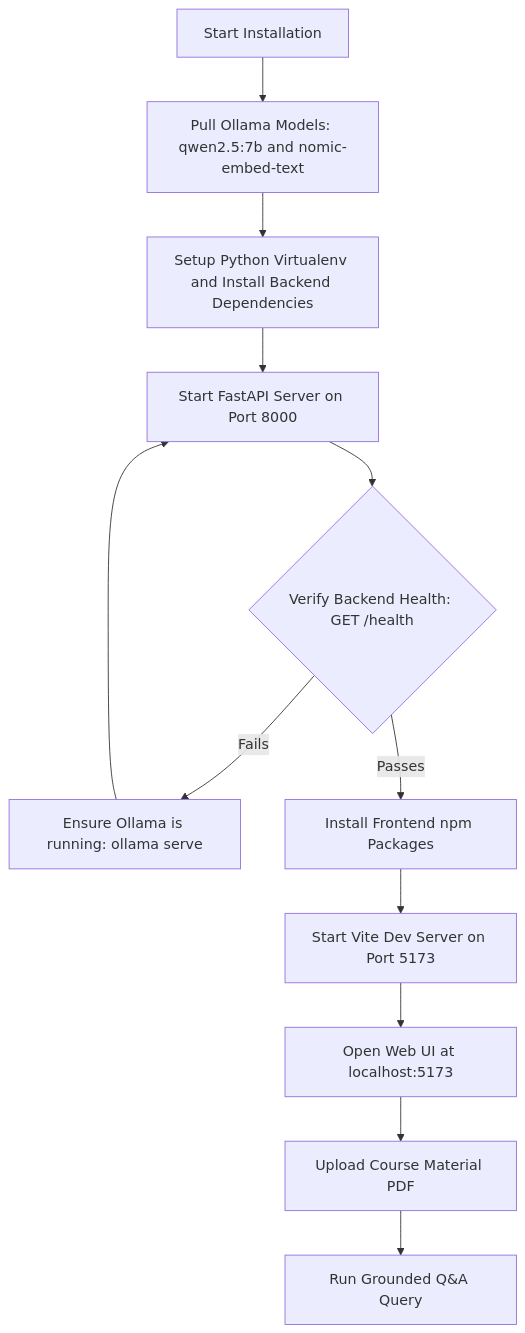
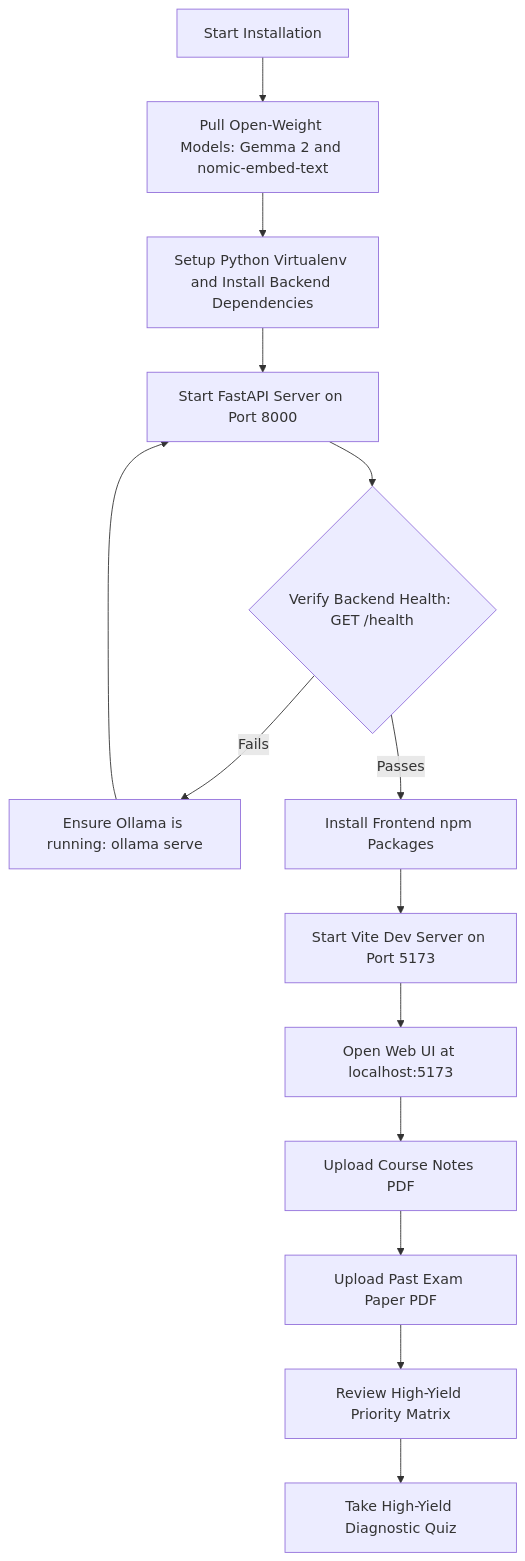
Before and after one commit to dev-Aarish/gist: the diagram in docs/getting-started.md, drawn with Mermaid. The commit also changed other lines of this file and 6 other files, not shown here.

````diff
--- a/docs/getting-started.md
+++ b/docs/getting-started.md
@@ -19,14 +19,16 @@
 ```mermaid
 graph TD
-    Start["Start Installation"] --> PullModels["Pull Ollama Models: qwen2.5:7b and nomic-embed-text"]
+    Start["Start Installation"] --> PullModels["Pull Open-Weight Models: Gemma 2 and nomic-embed-text"]
     PullModels --> SetupBackend["Setup Python Virtualenv and Install Backend Dependencies"]
     SetupBackend --> LaunchBackend["Start FastAPI Server on Port 8000"]
     LaunchBackend --> HealthCheck{"Verify Backend Health: GET /health"}
     HealthCheck -- "Fails" --> DebugOllama["Ensure Ollama is running: ollama serve"]
     DebugOllama --> LaunchBackend
     HealthCheck -- "Passes" --> SetupFrontend["Install Frontend npm Packages"]
     SetupFrontend --> LaunchFrontend["Start Vite Dev Server on Port 5173"]
     LaunchFrontend --> AppReady["Open Web UI at localhost:5173"]
-    AppReady --> UploadDoc["Upload Course Material PDF"]
-    UploadDoc --> AskQuestion["Run Grounded Q&A Query"]
+    AppReady --> UploadDoc["Upload Course Notes PDF"]
+    UploadDoc --> UploadPastPaper["Upload Past Exam Paper PDF"]
+    UploadPastPaper --> CheckMatrix["Review High-Yield Priority Matrix"]
+    CheckMatrix --> TargetedQuiz["Take High-Yield Diagnostic Quiz"]
 ```
````
